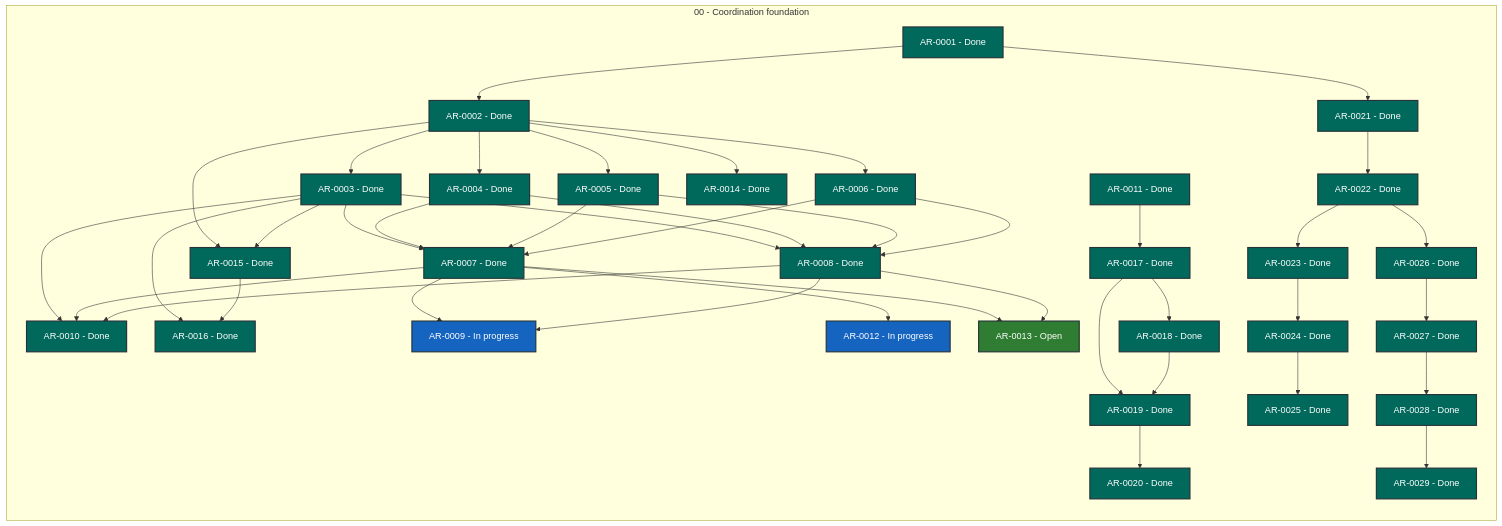
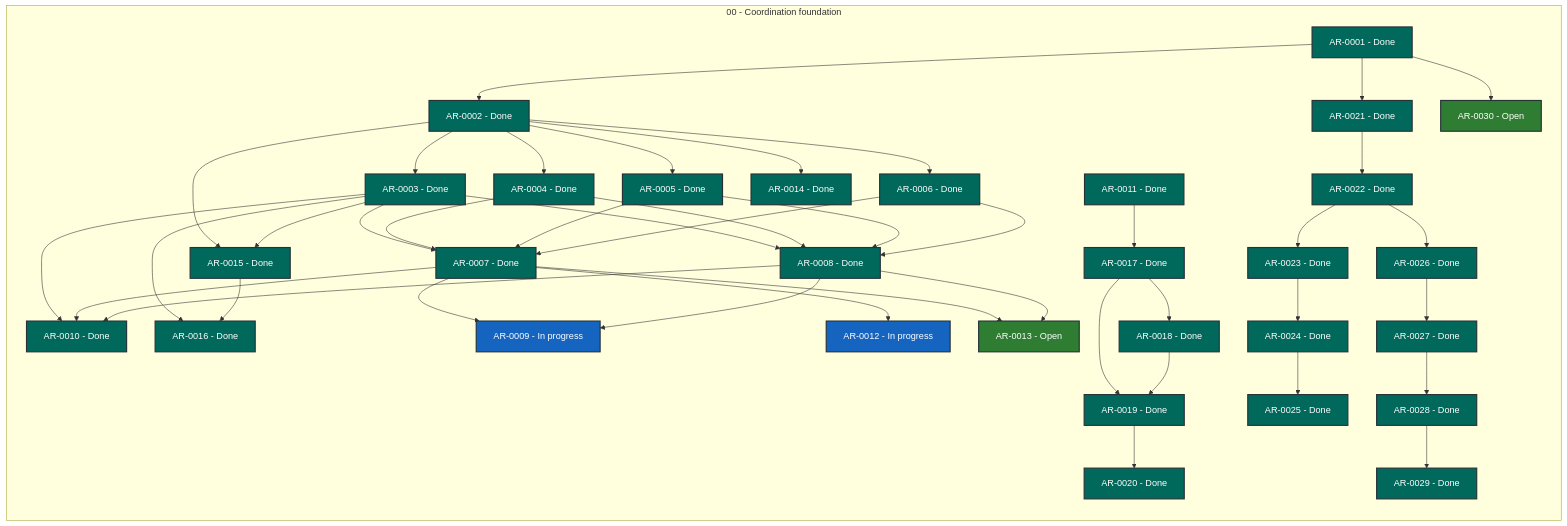
One commit to martin-beck/agent-workflow-coordinator-state changed the diagram in STATUS.md. Above: the diagram before and after it, drawn with Mermaid. The commit also changed other lines of this file and 1 other file, not shown here.

```diff
--- a/STATUS.md
+++ b/STATUS.md
@@ -57,9 +57,11 @@
         AR_0027["AR-0027 - Done"]:::status_done
         AR_0028["AR-0028 - Done"]:::status_done
         AR_0029["AR-0029 - Done"]:::status_done
+        AR_0030["AR-0030 - Open"]:::status_open
     end
     AR_0001 --> AR_0002
     AR_0001 --> AR_0021
+    AR_0001 --> AR_0030
     AR_0002 --> AR_0003
     AR_0002 --> AR_0004
     AR_0002 --> AR_0005
```
